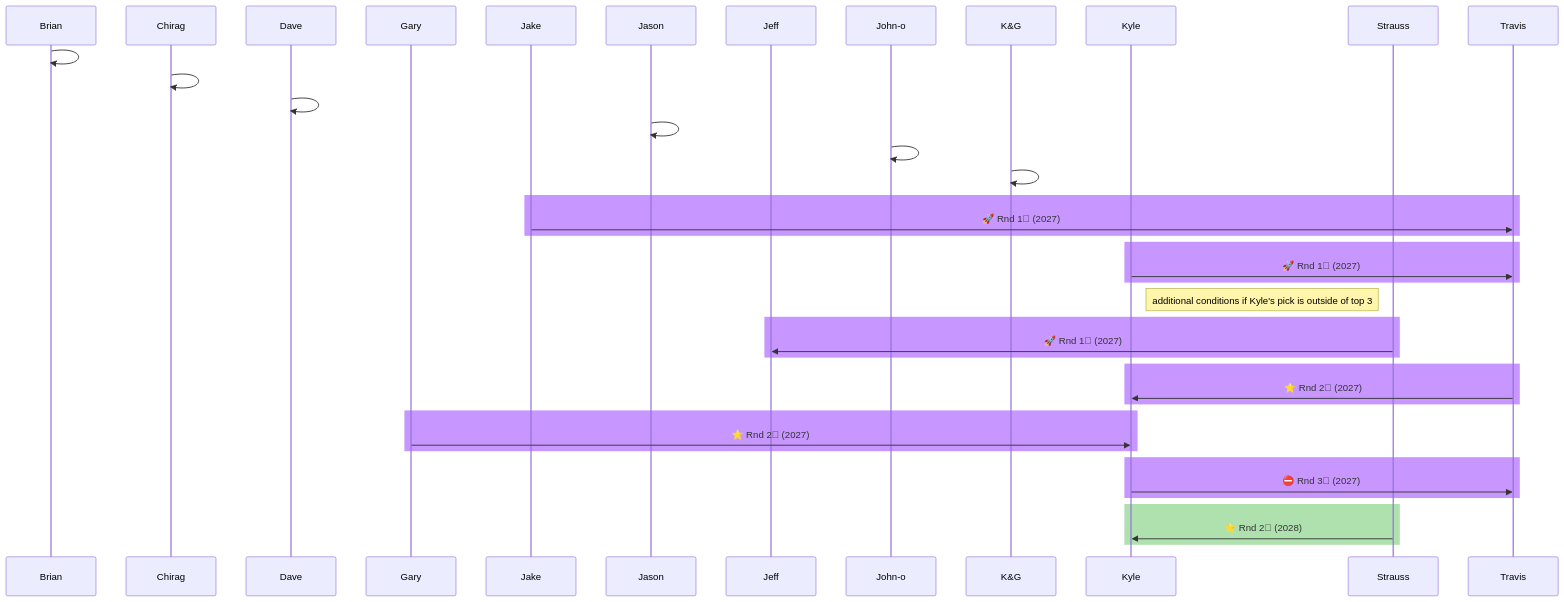
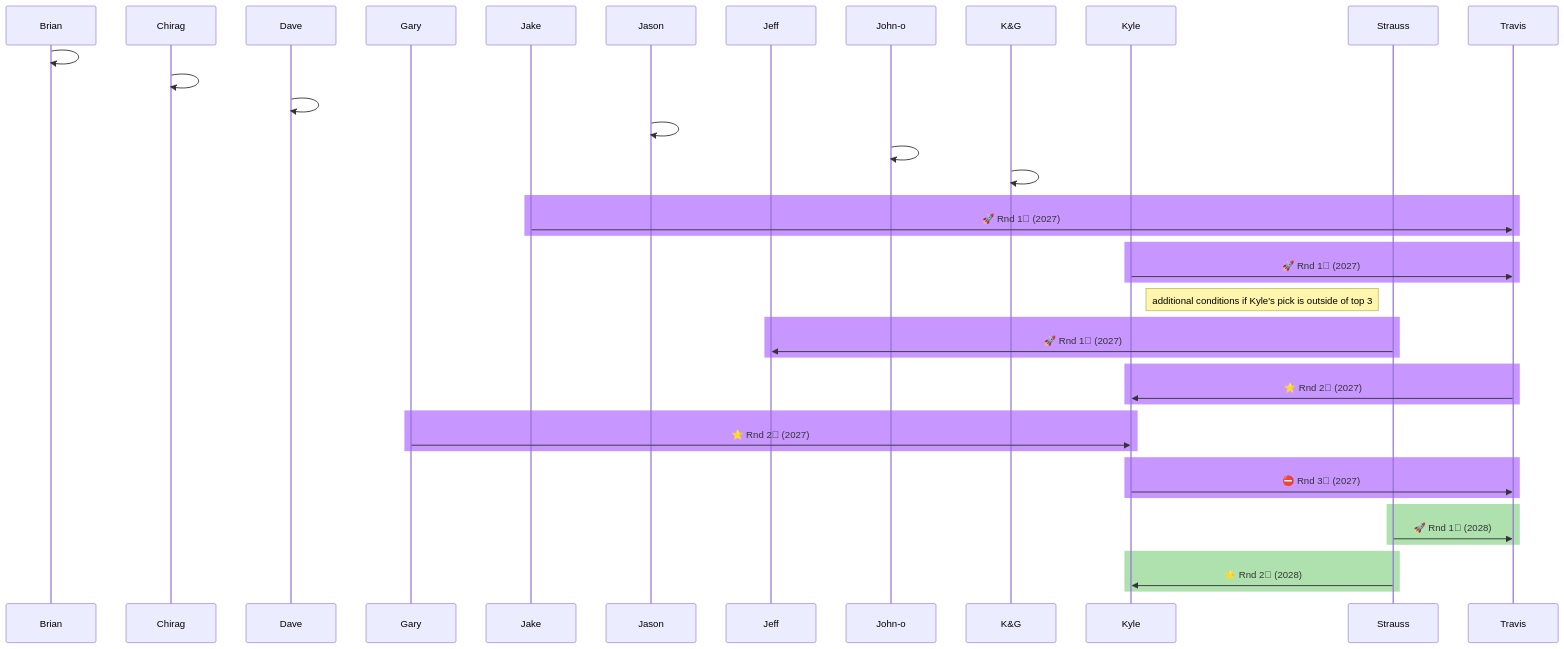
One commit to jtkulas/kittywampas changed the first of 2 diagrams in phantazee.qmd. Above: the diagram before and after it, drawn with Mermaid. The commit also changed other lines of this file and 3 other files, not shown here.

Commit message:
strauss travis pick trade (rashee rice)

````diff
--- a/phantazee.qmd
+++ b/phantazee.qmd
@@ -50,49 +50,52 @@
 ```{mermaid}
 %%| mermaid-format: png
 %%| fig-width: 8
 %%| label: fig-current
 %%| fig-cap: "Individual drapht pick trades (2027 and onward)"
 sequenceDiagram
 participant Brian
 participant Chirag
 participant Dave
 participant Gary
 participant Jake
 participant Jason
 participant Jeff
 participant John-o
 participant K&G
 participant Kyle
 participant Strauss
 participant Travis
 Brian->>Brian:  
 Chirag->>Chirag:  
 Dave->>Dave:  
 Jason->>Jason:  
 John-o->>John-o:  
 K&G->>K&G:  
 
 rect rgb(200, 150, 255)
 Jake->>Travis: 🚀 Rnd 1⃣ (2027) 
 end
 rect rgb(200, 150, 255)
 Kyle->>Travis: 🚀 Rnd 1⃣ (2027) 
 end
 Note right of Kyle: additional conditions if Kyle's pick is outside of top 3
 rect rgb(200, 150, 255)
 Strauss->>Jeff: 🚀 Rnd 1⃣ (2027) 
 end
 rect rgb(200, 150, 255)
 Travis->>Kyle: ⭐ Rnd 2⃣ (2027)
 end
 rect rgb(200, 150, 255)
 Gary->>Kyle: ⭐ Rnd 2⃣ (2027)
 end
 rect rgb(200, 150, 255)
 Kyle->>Travis: ⛔ Rnd 3⃣ (2027)
 end
 rect rgb(175, 225, 175)
+Strauss->>Travis: 🚀 Rnd 1⃣ (2028)
+end
+rect rgb(175, 225, 175)
 Strauss->>Kyle: ⭐ Rnd 2⃣ (2028)
 end
 
 ```
````
